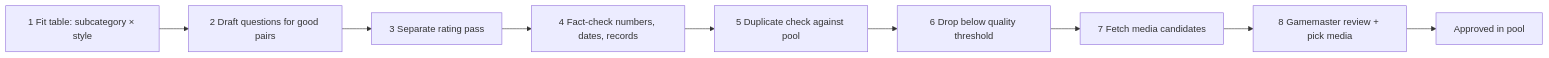
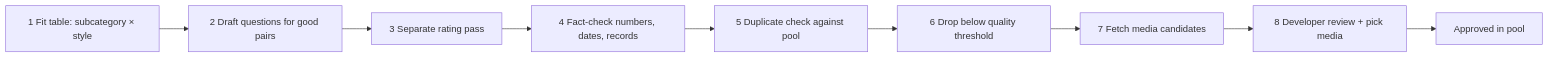
One commit to rubenmoor/trivia changed the diagram in plans/07-question-generation.md. Above: the diagram before and after it, drawn with Mermaid. The commit also changed other lines of this file and 45 other files, not shown here.

````diff
--- a/plans/07-question-generation.md
+++ b/plans/07-question-generation.md
@@ -27,11 +27,11 @@
 ```mermaid
 flowchart LR
   Fit[1 Fit table: subcategory × style] --> Draft[2 Draft questions for good pairs]
   Draft --> Rate[3 Separate rating pass]
   Rate --> Check[4 Fact-check numbers, dates, records]
   Check --> Dedupe[5 Duplicate check against pool]
   Dedupe --> Filter[6 Drop below quality threshold]
   Filter --> Media[7 Fetch media candidates]
-  Media --> Review[8 Gamemaster review + pick media]
+  Media --> Review[8 Developer review + pick media]
   Review --> Pool[Approved in pool]
 ```
````
